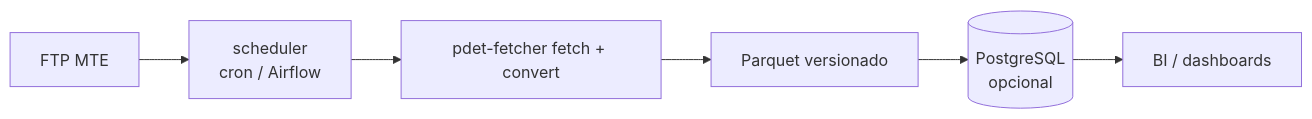
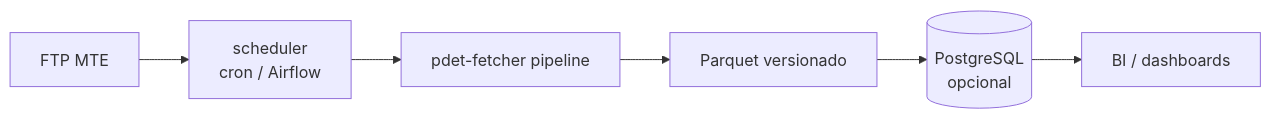
Before and after one commit to Quantilica/docs: the second of 2 diagrams in docs/trabalho/index.md, drawn with Mermaid. The commit also changed other lines of this file and 20 other files, not shown here.

````diff
--- a/docs/trabalho/index.md
+++ b/docs/trabalho/index.md
@@ -32,8 +32,8 @@
 ```mermaid
 graph LR
     A[FTP MTE] --> B[scheduler<br/>cron / Airflow]
-    B --> C[pdet-fetcher fetch + convert]
+    B --> C[pdet-fetcher pipeline]
     C --> D[Parquet versionado]
     D --> E[(PostgreSQL<br/>opcional)]
     E --> F[BI / dashboards]
 ```
````
